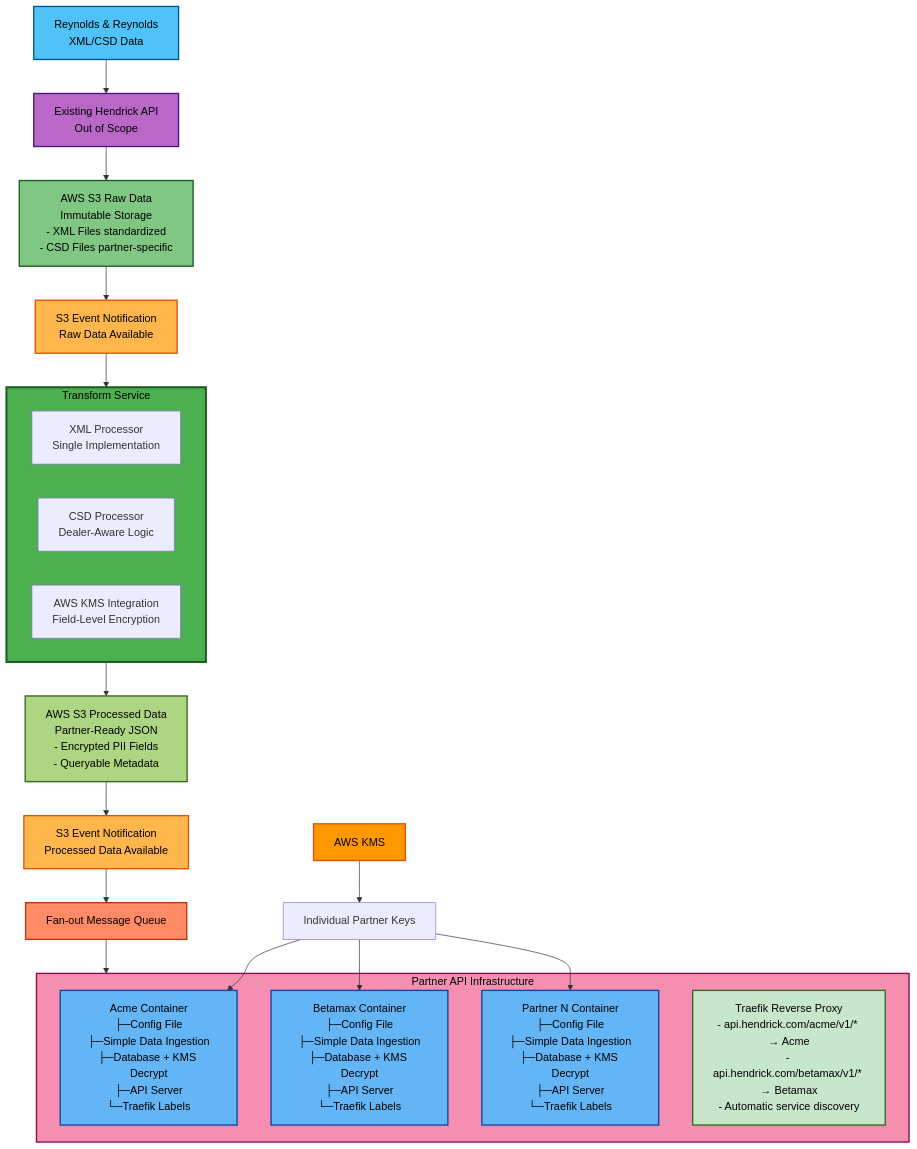
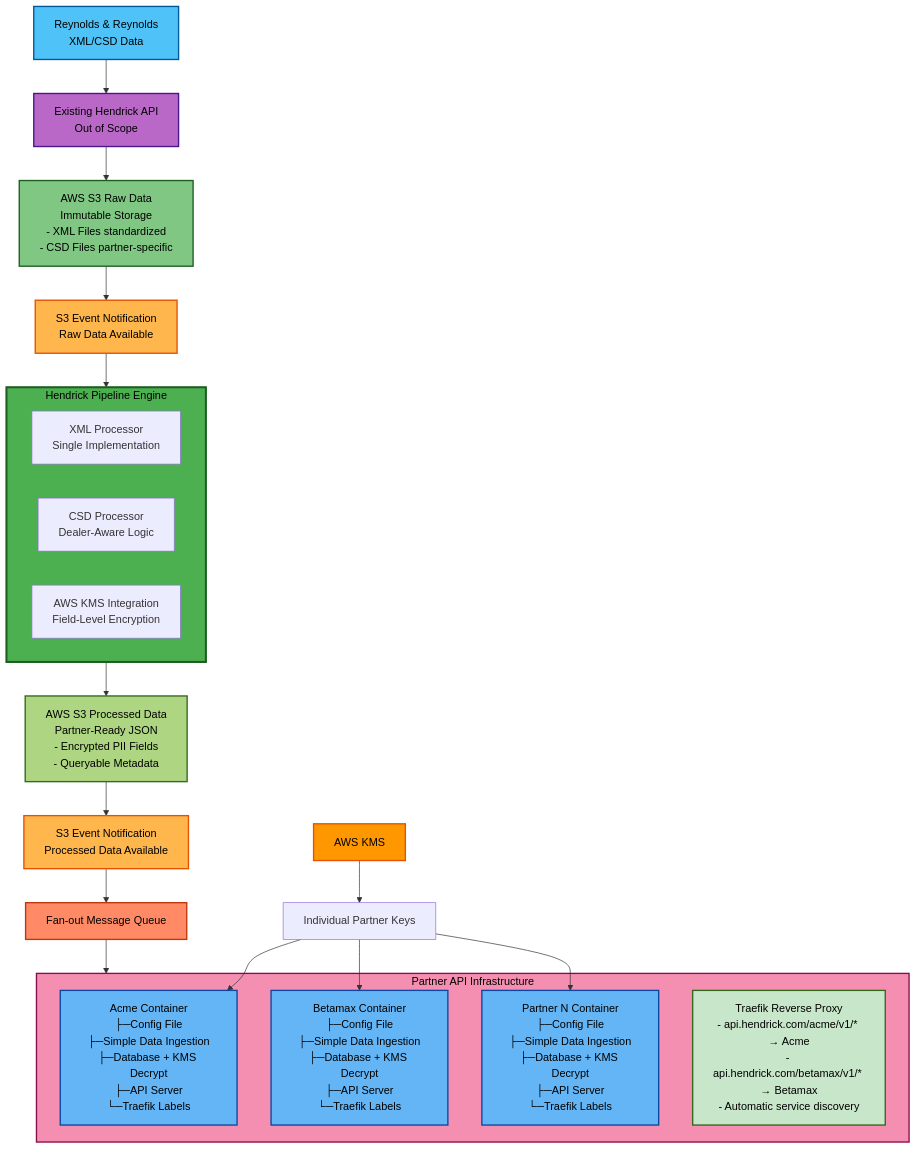
The first of 5 diagrams in TECHNICAL_PLANNING.md (Hendrick/hendrick-data-api), drawn with Mermaid before and after one commit. The commit also changed other lines of this file and 27 other files, not shown here.

First line of the commit message:
Complete Pipeline Engine architecture and anonymized sample data

````diff
--- a/TECHNICAL_PLANNING.md
+++ b/TECHNICAL_PLANNING.md
@@ -117,47 +117,47 @@
 ```mermaid
 flowchart TD
     A[Reynolds & Reynolds<br/>XML/CSD Data] --> B[Existing Hendrick API<br/>Out of Scope]
     B --> C[AWS S3 Raw Data<br/>Immutable Storage<br/>- XML Files standardized<br/>- CSD Files partner-specific]
     
     C --> D[S3 Event Notification<br/>Raw Data Available]
-    D --> E[Centralized Transform Service]
+    D --> E[Hendrick Pipeline Engine]
     
-    subgraph E[Transform Service]
+    subgraph E[Hendrick Pipeline Engine]
         F[XML Processor<br/>Single Implementation]
         G[CSD Processor<br/>Dealer-Aware Logic]
         H[AWS KMS Integration<br/>Field-Level Encryption]
     end
     
     E --> I[AWS S3 Processed Data<br/>Partner-Ready JSON<br/>- Encrypted PII Fields<br/>- Queryable Metadata]
     I --> J[S3 Event Notification<br/>Processed Data Available]
     J --> K[Fan-out Message Queue]
     
     K --> L[EC2 Instance Docker + Traefik]
     
     subgraph L[Partner API Infrastructure]
         M[Acme Container<br/>├─Config File<br/>├─Simple Data Ingestion<br/>├─Database + KMS Decrypt<br/>├─API Server<br/>└─Traefik Labels]
         N[Betamax Container<br/>├─Config File<br/>├─Simple Data Ingestion<br/>├─Database + KMS Decrypt<br/>├─API Server<br/>└─Traefik Labels]
         O[Partner N Container<br/>├─Config File<br/>├─Simple Data Ingestion<br/>├─Database + KMS Decrypt<br/>├─API Server<br/>└─Traefik Labels]
         P[Traefik Reverse Proxy<br/>- api.hendrick.com/acme/v1/* → Acme<br/>- api.hendrick.com/betamax/v1/* → Betamax<br/>- Automatic service discovery]
     end
     
     Q[AWS KMS] --> R[Individual Partner Keys]
     R --> M
     R --> N
     R --> O
     
     style A fill:#4fc3f7,stroke:#01579b,stroke-width:2px,color:#000
     style B fill:#ba68c8,stroke:#4a148c,stroke-width:2px,color:#000
     style C fill:#81c784,stroke:#1b5e20,stroke-width:2px,color:#000
     style D fill:#ffb74d,stroke:#e65100,stroke-width:2px,color:#000
     style E fill:#4caf50,stroke:#1b5e20,stroke-width:3px,color:#000
     style I fill:#aed581,stroke:#33691e,stroke-width:2px,color:#000
     style J fill:#ffb74d,stroke:#e65100,stroke-width:2px,color:#000
     style K fill:#ff8a65,stroke:#bf360c,stroke-width:2px,color:#000
     style L fill:#f48fb1,stroke:#880e4f,stroke-width:2px,color:#000
     style Q fill:#ff9800,stroke:#e65100,stroke-width:2px,color:#000
     style M fill:#64b5f6,stroke:#0d47a1,stroke-width:2px,color:#000
     style N fill:#64b5f6,stroke:#0d47a1,stroke-width:2px,color:#000
     style O fill:#64b5f6,stroke:#0d47a1,stroke-width:2px,color:#000
     style P fill:#c8e6c9,stroke:#33691e,stroke-width:2px,color:#000
 ```
````
